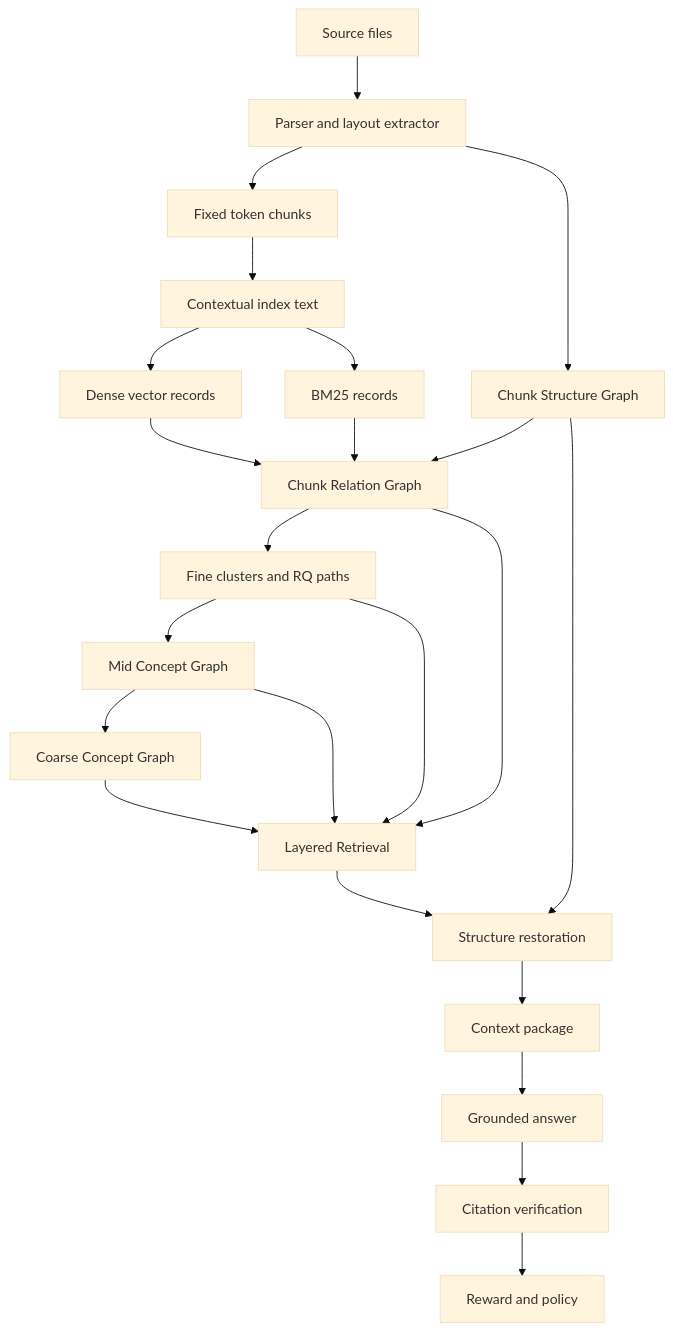
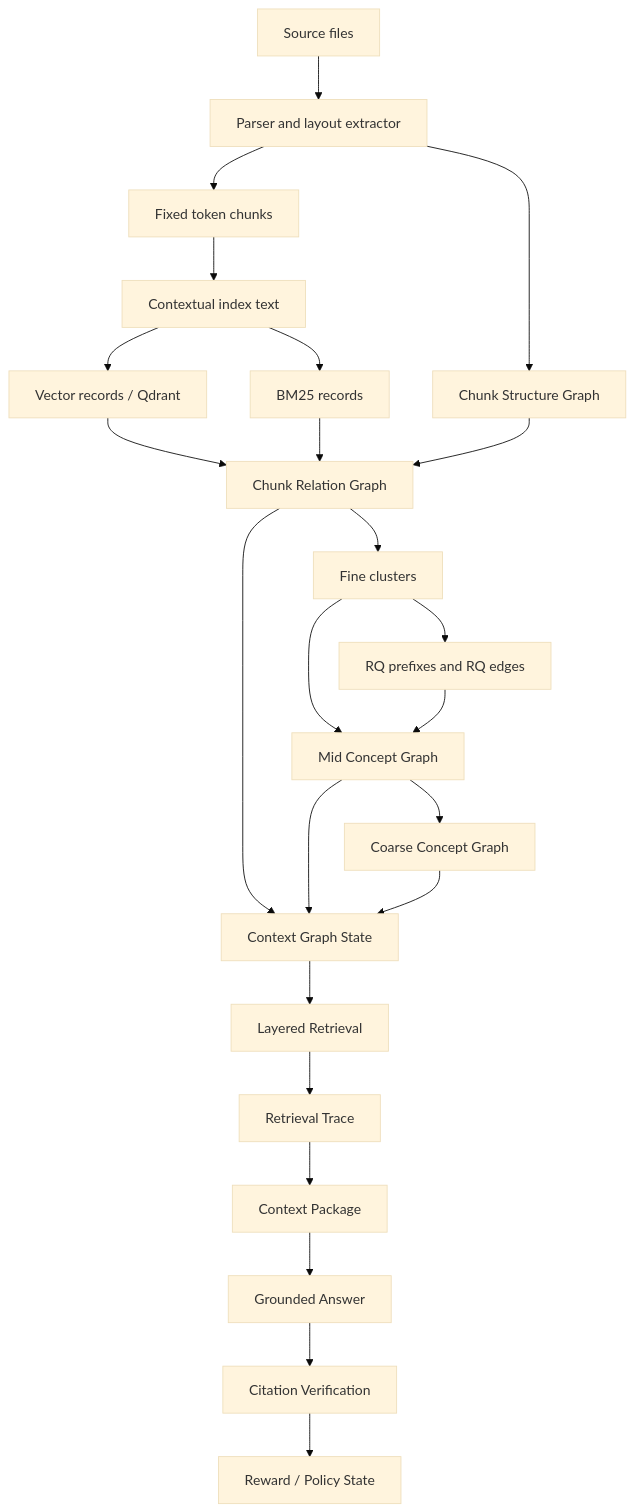
The first of 9 diagrams in docs/technical-spec.md (Sggggt/SymboGraph), drawn with Mermaid (base theme) before and after one commit. The commit also changed other lines of this file, not shown here.

````diff
--- a/docs/technical-spec.md
+++ b/docs/technical-spec.md
@@ -59,25 +105,26 @@
 ```mermaid
 flowchart TB
     F["Source files"] --> P["Parser and layout extractor"]
     P --> C["Fixed token chunks"]
     P --> S["Chunk Structure Graph"]
     C --> X["Contextual index text"]
-    X --> V["Dense vector records"]
+    X --> V["Vector records / Qdrant"]
     X --> B["BM25 records"]
     V --> R["Chunk Relation Graph"]
     B --> R
     S --> R
-    R --> FC["Fine clusters and RQ paths"]
+    R --> FC["Fine clusters"]
+    FC --> RQ["RQ prefixes and RQ edges"]
     FC --> M["Mid Concept Graph"]
+    RQ --> M
     M --> K["Coarse Concept Graph"]
-    K --> L["Layered Retrieval"]
-    M --> L
-    FC --> L
-    R --> L
-    S --> H["Structure restoration"]
-    L --> H
-    H --> CP["Context package"]
-    CP --> A["Grounded answer"]
-    A --> CV["Citation verification"]
-    CV --> Q["Reward and policy"]
+    R --> CG["Context Graph State"]
+    M --> CG
+    K --> CG
+    CG --> L["Layered Retrieval"]
+    L --> T["Retrieval Trace"]
+    T --> CP["Context Package"]
+    CP --> A["Grounded Answer"]
+    A --> CV["Citation Verification"]
+    CV --> RW["Reward / Policy State"]
 ```
````
